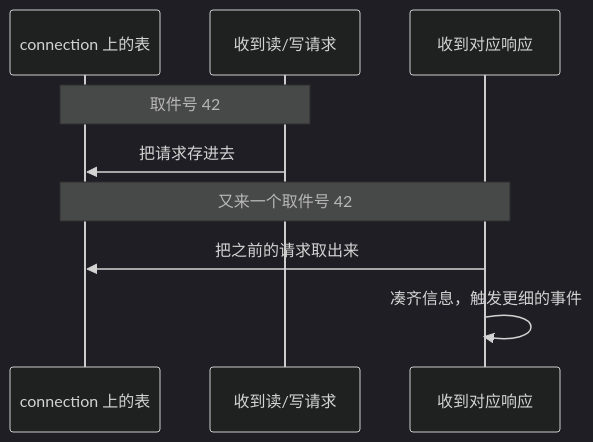
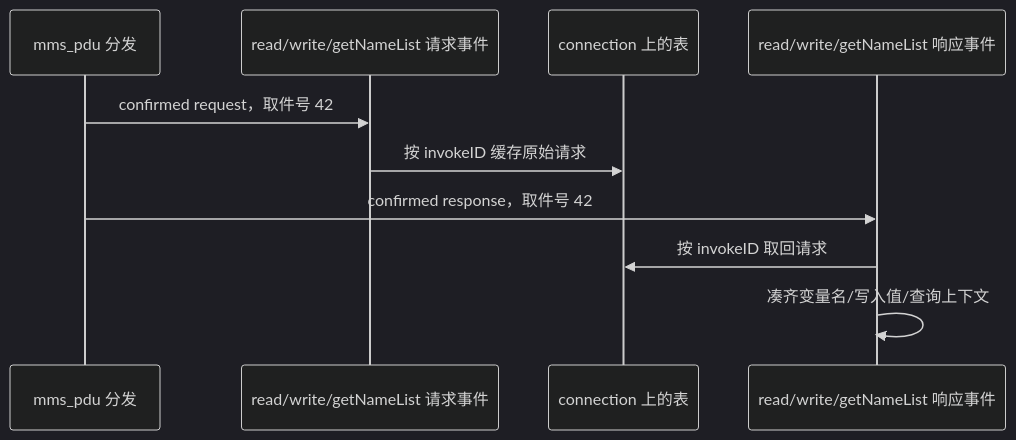
One commit to haolipeng/icsnpp-mms changed the fourth of 8 diagrams in docs/03-event-analysis-layer-outline.md. Above: the diagram before and after it, drawn with Mermaid (dark theme). The commit also changed other lines of this file and 1 other file, not shown here.

````diff
--- a/docs/03-event-analysis-layer-outline.md
+++ b/docs/03-event-analysis-layer-outline.md
@@ -102,12 +109,13 @@
 ```mermaid
 sequenceDiagram
+    participant 分发 as mms_pdu 分发
+    participant 请求事件 as read/write/getNameList 请求事件
     participant 表 as connection 上的表
-    participant 请求 as 收到读/写请求
-    participant 响应 as 收到对应响应
+    participant 响应事件 as read/write/getNameList 响应事件
 
-    Note over 请求,表: 取件号 42
-    请求->>表: 把请求存进去
-    Note over 响应,表: 又来一个取件号 42
-    响应->>表: 把之前的请求取出来
-    响应->>响应: 凑齐信息，触发更细的事件
+    分发->>请求事件: confirmed request，取件号 42
+    请求事件->>表: 按 invokeID 缓存原始请求
+    分发->>响应事件: confirmed response，取件号 42
+    响应事件->>表: 按 invokeID 取回请求
+    响应事件->>响应事件: 凑齐变量名/写入值/查询上下文
 ```
````
